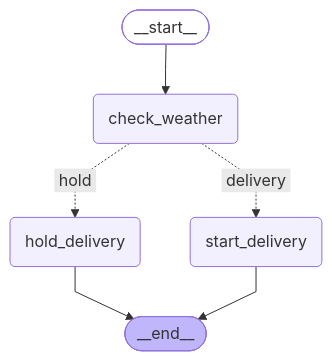
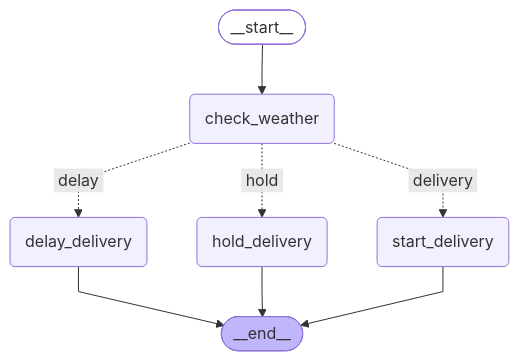
The diagram in delivery_plan.md (guddn20/LLMLang), drawn with Mermaid before and after one commit. The commit also changed 5 other files, not shown here.

Commit message:
update delay_delivery

````diff
--- a/delivery_plan.md
+++ b/delivery_plan.md
@@ -3,22 +3,25 @@
 ```mermaid
 ---
 config:
   flowchart:
     curve: linear
 ---
 graph TD;
 	__start__([<p>__start__</p>]):::first
 	check_weather(check_weather)
 	start_delivery(start_delivery)
 	hold_delivery(hold_delivery)
+	delay_delivery(delay_delivery)
 	__end__([<p>__end__</p>]):::last
 	__start__ --> check_weather;
+	check_weather -. &nbsp;delay&nbsp; .-> delay_delivery;
 	check_weather -. &nbsp;hold&nbsp; .-> hold_delivery;
 	check_weather -. &nbsp;delivery&nbsp; .-> start_delivery;
+	delay_delivery --> __end__;
 	hold_delivery --> __end__;
 	start_delivery --> __end__;
 	classDef default fill:#f2f0ff,line-height:1.2
 	classDef first fill-opacity:0
 	classDef last fill:#bfb6fc
 
 ```
````
